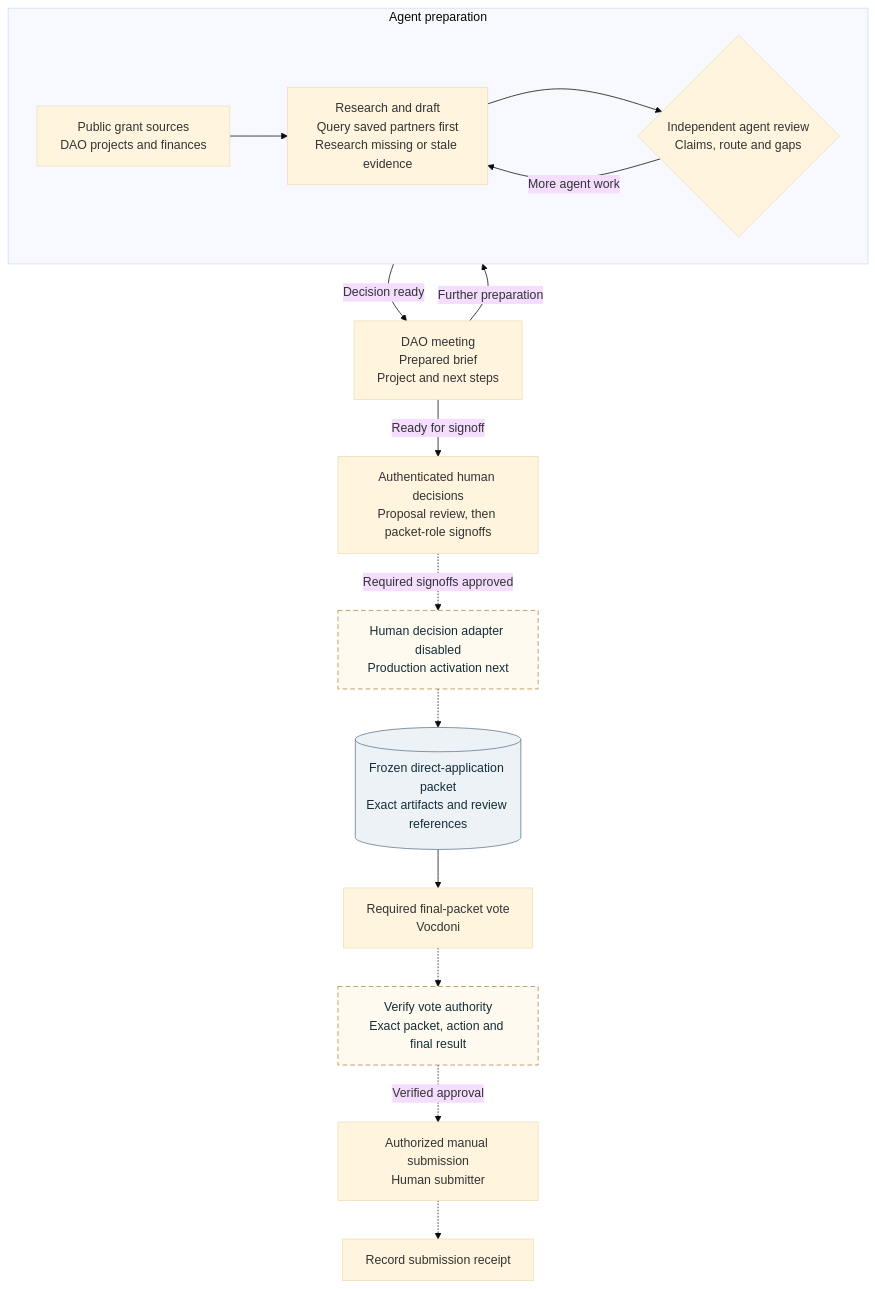
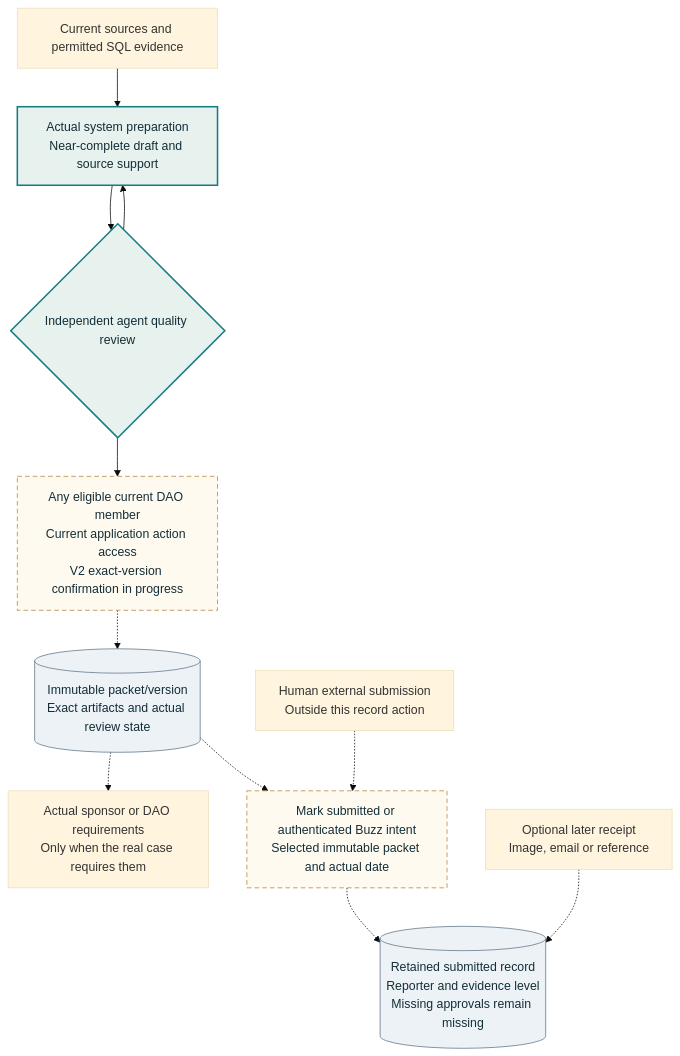
The diagram in docs/architecture/diagrams/grant-review-governance.mmd (NetRxn/Inertia), drawn with Mermaid (base theme) before and after one commit. The commit also changed 22 other files, not shown here.

Commit message:
docs: synchronize current member and Wednesday handoff contracts

```diff
--- a/docs/architecture/diagrams/grant-review-governance.mmd
+++ b/docs/architecture/diagrams/grant-review-governance.mmd
@@ -1,23 +1,19 @@
 flowchart TB
- subgraph P[Agent preparation]
- direction LR
- I["Public grant sources<br/>DAO projects and finances"] --> D["Research and draft<br/>Query saved partners first<br/>Research missing or stale evidence"]
- D --> R{"Independent agent review<br/>Claims, route and gaps"}
- R -->|More agent work| D
- end
- R -->|Decision ready| M["DAO meeting<br/>Prepared brief<br/>Project and next steps"]
- M -->|Further preparation| D
- M -->|Ready for signoff| H["Authenticated human decisions<br/>Proposal review, then packet-role signoffs"]
- H -.->|Required signoffs approved| A["Human decision adapter disabled<br/>Production activation next"]
- A -.-> F[("Frozen direct-application packet<br/>Exact artifacts and review references")]
- F --> V["Required final-packet vote<br/>Vocdoni"]
- V -.-> Q["Verify vote authority<br/>Exact packet, action and final result"]
- Q -.->|Verified approval| S["Authorized manual submission<br/>Human submitter"]
- S -.-> C["Record submission receipt"]
- class F store
- class A,Q planned
+ S["Current sources and permitted SQL evidence"] --> D["Actual system preparation<br/>Near-complete draft and source support"]
+ D --> Q{"Independent agent quality review"}
+ Q --> D
+ Q --> H["Any eligible current DAO member<br/>Current application action access<br/>V2 exact-version confirmation in progress"]
+ H -.-> P[("Immutable packet/version<br/>Exact artifacts and actual review state")]
+ P -.-> G["Actual sponsor or DAO requirements<br/>Only when the real case requires them"]
+ P -.-> A["Mark submitted or authenticated Buzz intent<br/>Selected immutable packet and actual date"]
+ X["Human external submission<br/>Outside this record action"] -.-> A
+ A -.-> R[("Retained submitted record<br/>Reporter and evidence level<br/>Missing approvals remain missing")]
+ E["Optional later receipt<br/>Image, email or reference"] -.-> R
+ class D,Q core
+ class H,A planned
+ class P,R store
 
  classDef core fill:#e7f1ee,stroke:#157d80,color:#132e38,stroke-width:2px
  classDef planned fill:#fffaf0,stroke:#b1853e,color:#132e38,stroke-dasharray:6 4
  classDef reviewed fill:#f5f0ff,stroke:#8064a2,color:#132e38
  classDef store fill:#edf2f7,stroke:#61788b,color:#132e38
```
